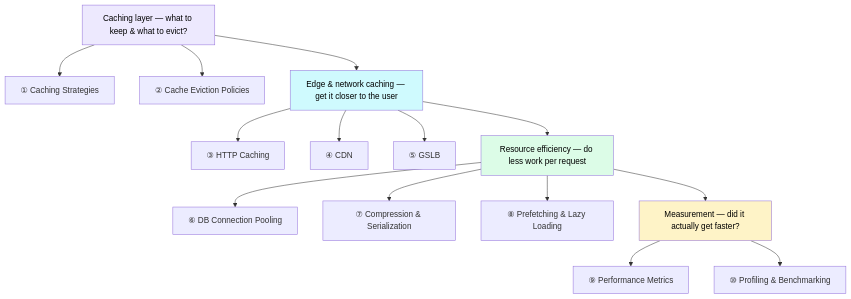
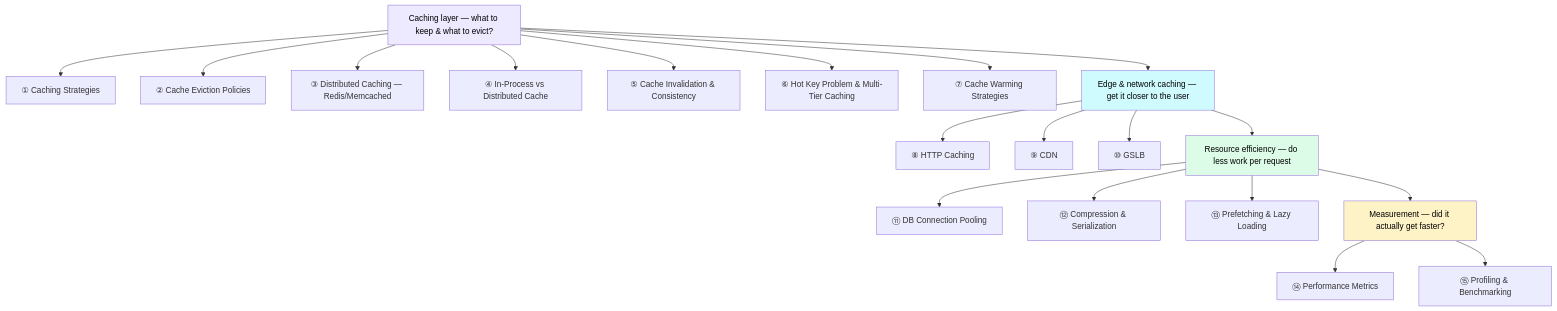
One commit to asishjagana/Interview-Prep-Dump changed the first of 2 diagrams in 06_Caching_Performance/README.md. Above: the diagram before and after it, drawn with Mermaid. The commit also changed other lines of this file and 26 other files, not shown here.

````diff
--- a/06_Caching_Performance/README.md
+++ b/06_Caching_Performance/README.md
@@ -20,27 +21,32 @@
 ```mermaid
 flowchart TD
     CACHE["Caching layer — what to keep &amp; what to evict?"]
     CACHE --> CS["① Caching Strategies"]
     CACHE --> CE["② Cache Eviction Policies"]
+    CACHE --> DC["③ Distributed Caching — Redis/Memcached"]
+    CACHE --> IPD["④ In-Process vs Distributed Cache"]
+    CACHE --> CIC["⑤ Cache Invalidation & Consistency"]
+    CACHE --> HOT["⑥ Hot Key Problem & Multi-Tier Caching"]
+    CACHE --> WARM["⑦ Cache Warming Strategies"]
 
     EDGE["Edge &amp; network caching — get it closer to the user"]
-    EDGE --> HC["③ HTTP Caching"]
-    EDGE --> CDN["④ CDN"]
-    EDGE --> GSLB["⑤ GSLB"]
+    EDGE --> HC["⑧ HTTP Caching"]
+    EDGE --> CDN["⑨ CDN"]
+    EDGE --> GSLB["⑩ GSLB"]
 
     EFFICIENCY["Resource efficiency — do less work per request"]
-    EFFICIENCY --> POOL["⑥ DB Connection Pooling"]
-    EFFICIENCY --> COMP["⑦ Compression &amp; Serialization"]
-    EFFICIENCY --> PRE["⑧ Prefetching &amp; Lazy Loading"]
+    EFFICIENCY --> POOL["⑪ DB Connection Pooling"]
+    EFFICIENCY --> COMP["⑫ Compression &amp; Serialization"]
+    EFFICIENCY --> PRE["⑬ Prefetching &amp; Lazy Loading"]
 
     MEASURE["Measurement — did it actually get faster?"]
-    MEASURE --> PM["⑨ Performance Metrics"]
-    MEASURE --> PB["⑩ Profiling &amp; Benchmarking"]
+    MEASURE --> PM["⑭ Performance Metrics"]
+    MEASURE --> PB["⑮ Profiling &amp; Benchmarking"]
 
     CACHE --> EDGE --> EFFICIENCY --> MEASURE
 
     style CACHE fill:#ede9fe,color:#000
     style EDGE fill:#cffafe,color:#000
     style EFFICIENCY fill:#dcfce7,color:#000
     style MEASURE fill:#fef3c7,color:#000
 ```
````
